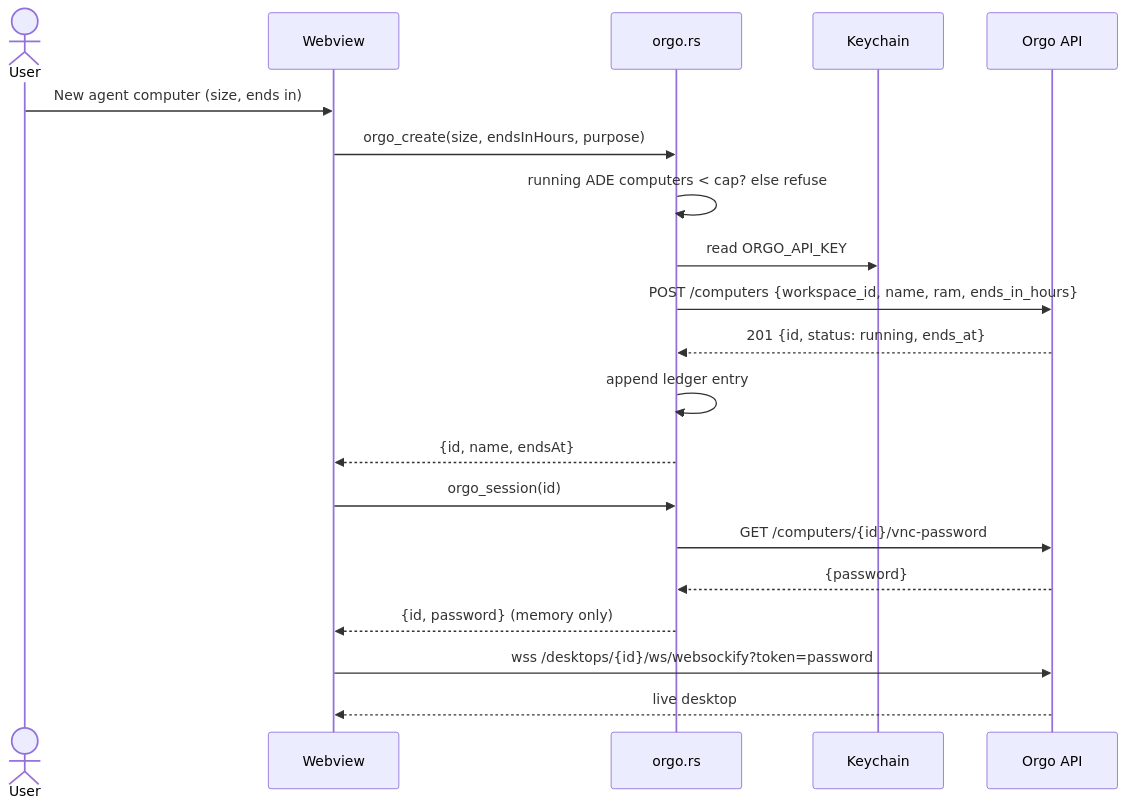
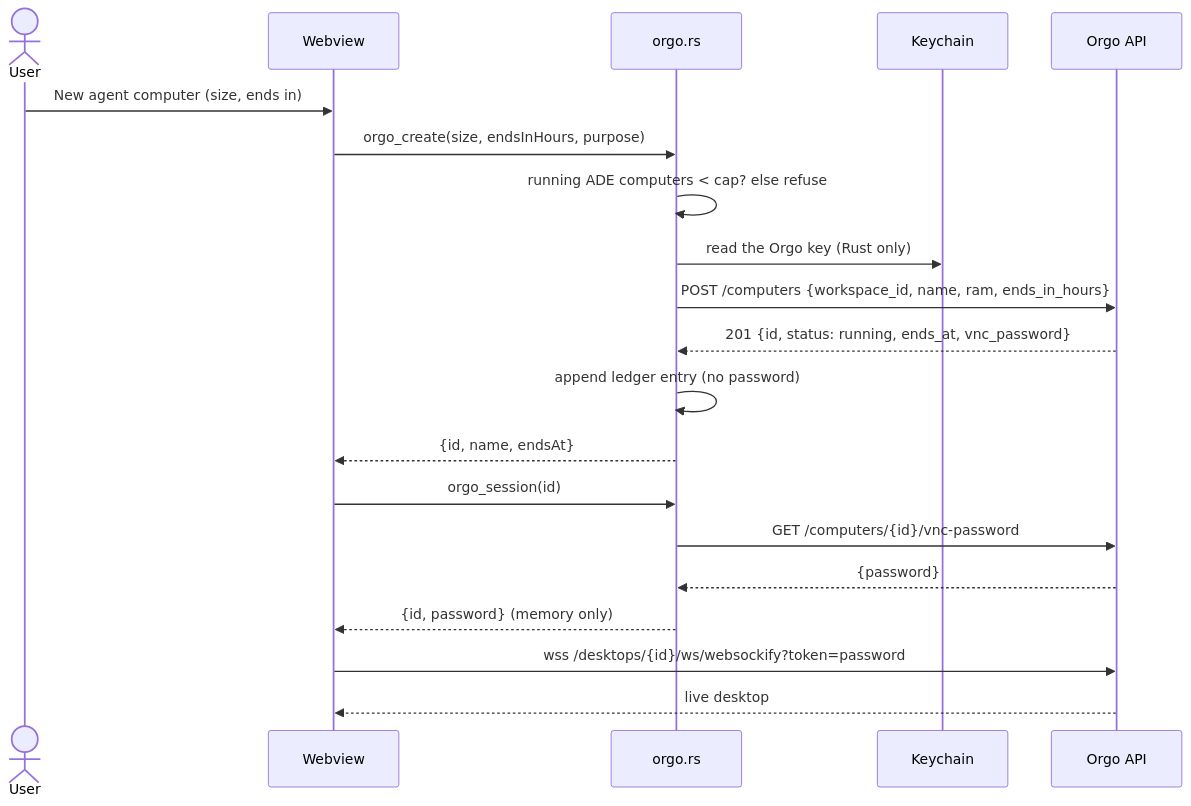
The third of 3 diagrams in _bmad-output/plan-orgo-agent-computers.md (alvin-reyes/better-agentic-ide), drawn with Mermaid before and after one commit. The commit also changed other lines of this file, not shown here.

Commit message:
Plan: Orgo via its hosted MCP server, with always-ask rules (review round 1)

````diff
--- a/_bmad-output/plan-orgo-agent-computers.md
+++ b/_bmad-output/plan-orgo-agent-computers.md
@@ -265,22 +361,22 @@
 ```mermaid
 sequenceDiagram
   actor U as User
   participant W as Webview
   participant R as orgo.rs
   participant K as Keychain
   participant O as Orgo API
   U->>W: New agent computer (size, ends in)
   W->>R: orgo_create(size, endsInHours, purpose)
   R->>R: running ADE computers < cap? else refuse
-  R->>K: read ORGO_API_KEY
+  R->>K: read the Orgo key (Rust only)
   R->>O: POST /computers {workspace_id, name, ram, ends_in_hours}
-  O-->>R: 201 {id, status: running, ends_at}
-  R->>R: append ledger entry
+  O-->>R: 201 {id, status: running, ends_at, vnc_password}
+  R->>R: append ledger entry (no password)
   R-->>W: {id, name, endsAt}
   W->>R: orgo_session(id)
   R->>O: GET /computers/{id}/vnc-password
   O-->>R: {password}
   R-->>W: {id, password} (memory only)
   W->>O: wss /desktops/{id}/ws/websockify?token=password
   O-->>W: live desktop
 ```
````
